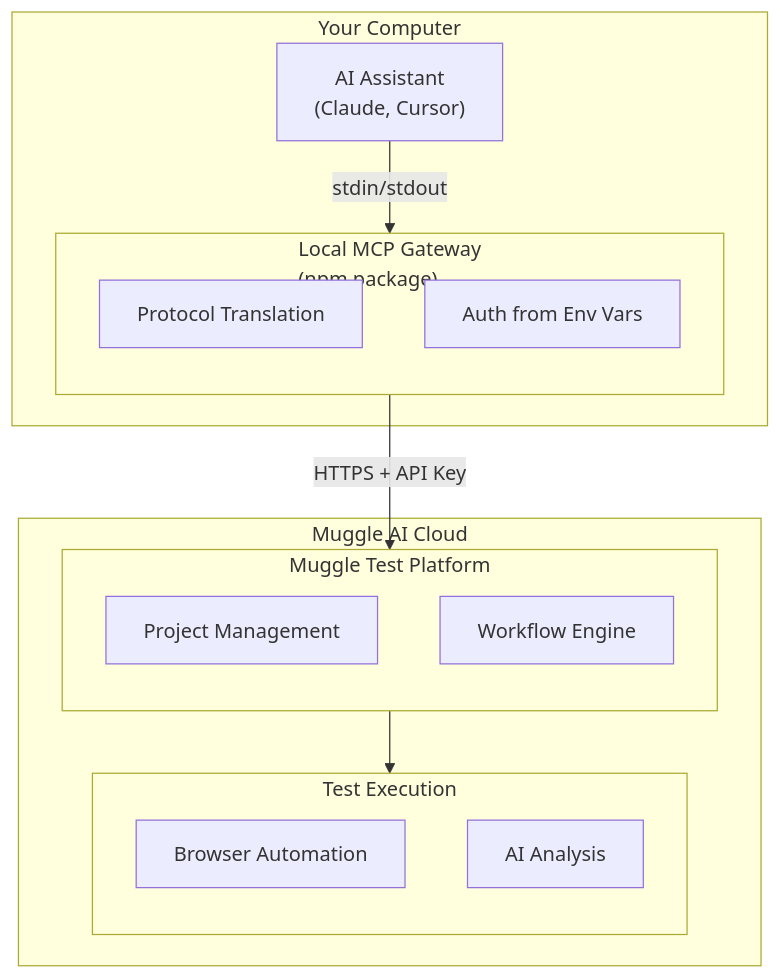
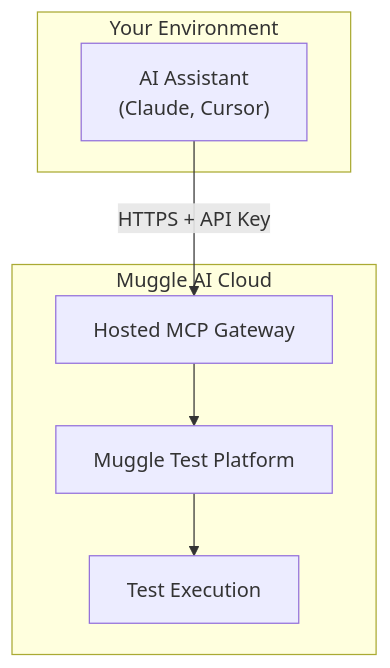
Before and after one commit to multiplex-ai/muggle-ai-docs: the second of 7 diagrams in mcp/mcp-concepts.md, drawn with Mermaid. The commit also changed other lines of this file and 9 other files, not shown here.

````diff
--- a/mcp/mcp-concepts.md
+++ b/mcp/mcp-concepts.md
@@ -49,29 +47,16 @@
 ```mermaid
 flowchart TB
-    subgraph env["Your Computer"]
+    subgraph env["Your Environment"]
         client2["AI Assistant<br/>(Claude, Cursor)"]
-        subgraph local["Local MCP Gateway<br/>(npm package)"]
-            direction TB
-            proto2["Protocol Translation"]
-            auth2["Auth from Env Vars"]
-        end
-        client2 -->|"stdin/stdout"| local
     end
 
-    subgraph cloud2["Muggle AI Cloud"]
-        subgraph platform2["Muggle Test Platform"]
-            direction TB
-            proj2["Project Management"]
-            workflow2["Workflow Engine"]
-        end
-
-        subgraph exec2["Test Execution"]
-            direction TB
-            browser2["Browser Automation"]
-            ai2["AI Analysis"]
-        end
+    subgraph cloud["Muggle AI Cloud"]
+        gateway["Hosted MCP Gateway"]
+        platform["Muggle Test Platform"]
+        exec["Test Execution"]
     end
 
-    local -->|"HTTPS + API Key"| platform2
-    platform2 --> exec2
+    client2 -->|"HTTPS + API Key"| gateway
+    gateway --> platform
+    platform --> exec
 ```
````
